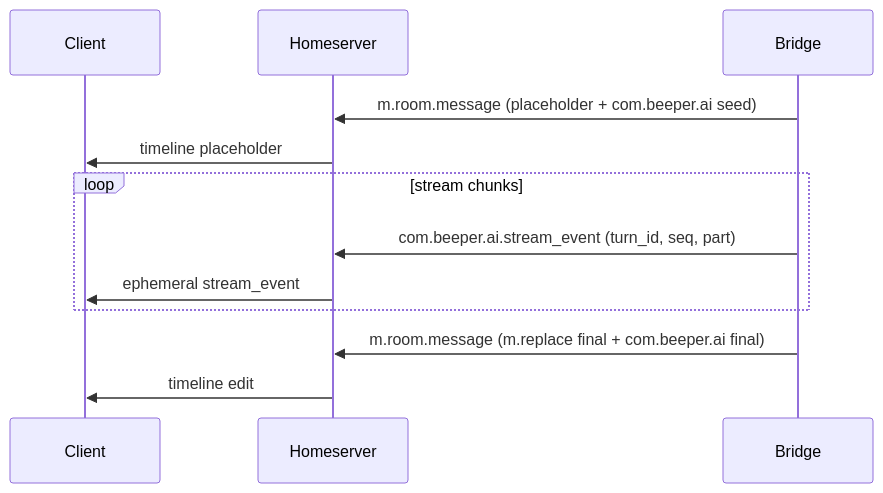
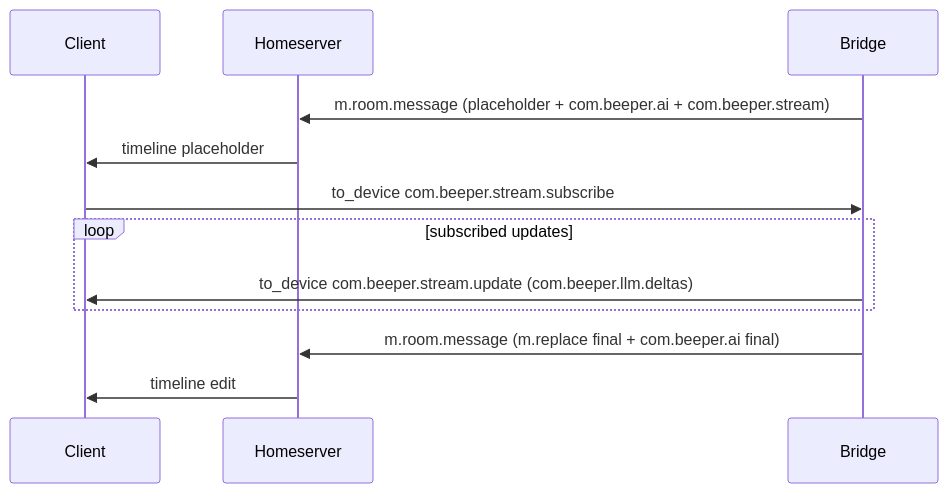
The diagram in docs/matrix-ai-matrix-spec-v1.md (beeper/ai-chats), drawn with Mermaid before and after one commit. The commit also changed other lines of this file and 40 other files, not shown here.

First line of the commit message:
Add dummybridge and refactor streaming/edit flow

````diff
--- a/docs/matrix-ai-matrix-spec-v1.md
+++ b/docs/matrix-ai-matrix-spec-v1.md
@@ -227,15 +292,15 @@
 ```mermaid
 sequenceDiagram
   participant C as Client
   participant H as Homeserver
   participant B as Bridge
 
-  B->>H: m.room.message (placeholder + com.beeper.ai seed)
+  B->>H: m.room.message (placeholder + com.beeper.ai + com.beeper.stream)
   H->>C: timeline placeholder
-  loop stream chunks
-    B->>H: com.beeper.ai.stream_event (turn_id, seq, part)
-    H->>C: ephemeral stream_event
+  C->>B: to_device com.beeper.stream.subscribe
+  loop subscribed updates
+    B->>C: to_device com.beeper.stream.update (com.beeper.llm.deltas)
   end
   B->>H: m.room.message (m.replace final + com.beeper.ai final)
   H->>C: timeline edit
 ```
````
